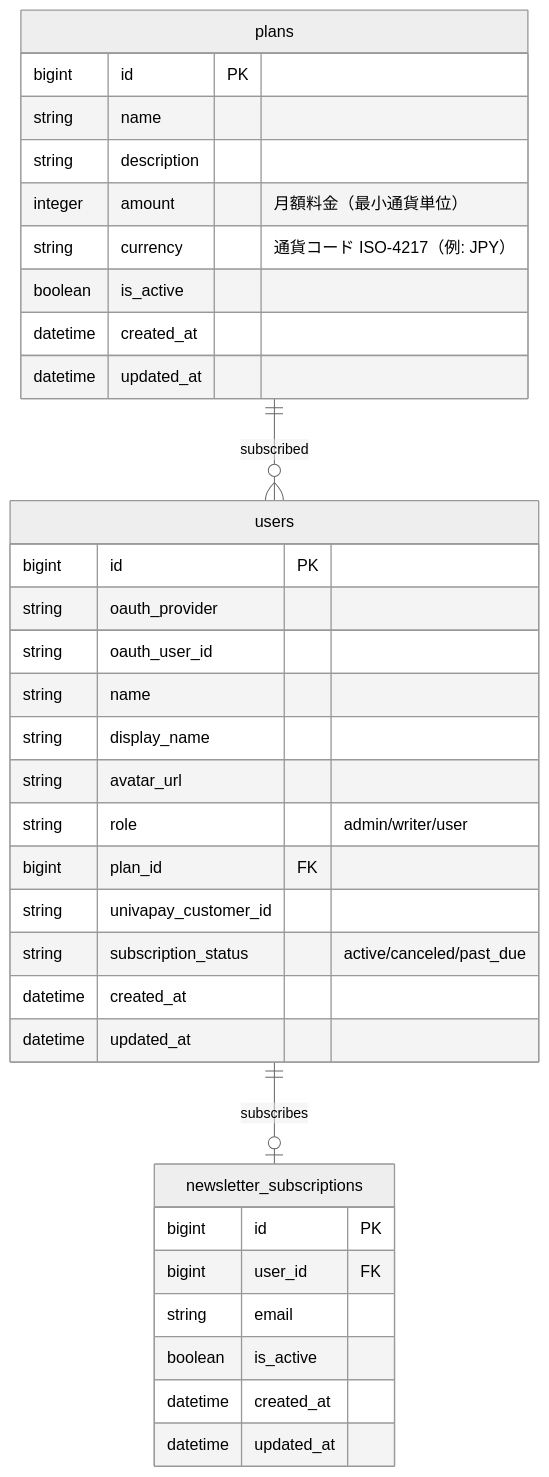
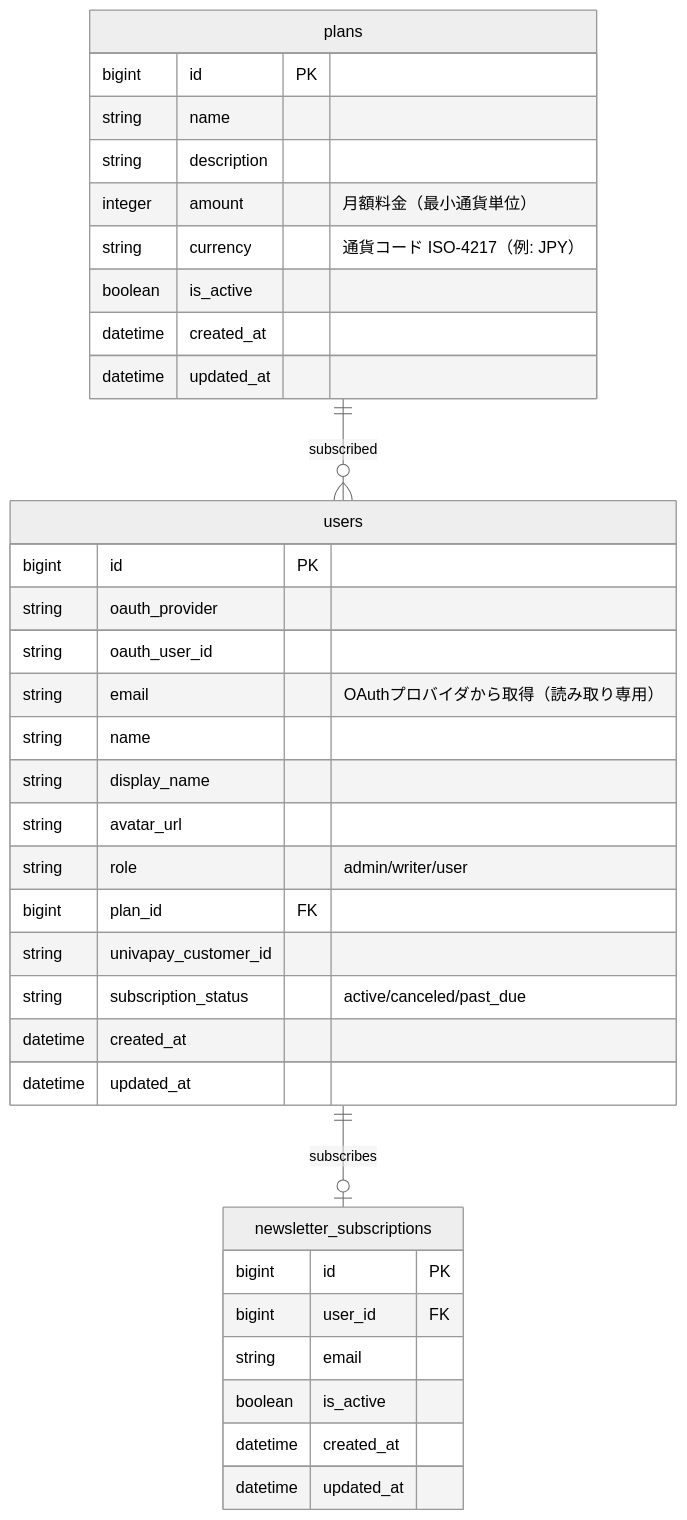
Before and after one commit to RRRRRRR-777/SikouLab: the first of 8 diagrams in docs/functions/settings/home.md, drawn with Mermaid (neutral theme). The commit also changed other lines of this file and 10 other files, not shown here.

````diff
--- a/docs/functions/settings/home.md
+++ b/docs/functions/settings/home.md
@@ -125,40 +125,41 @@
 ```mermaid
 erDiagram
     users {
         bigint id PK
         string oauth_provider
         string oauth_user_id
+        string email "OAuthプロバイダから取得（読み取り専用）"
         string name
         string display_name
         string avatar_url
         string role "admin/writer/user"
         bigint plan_id FK
         string univapay_customer_id
         string subscription_status "active/canceled/past_due"
         datetime created_at
         datetime updated_at
     }
 
     plans {
         bigint id PK
         string name
         string description
         integer amount "月額料金（最小通貨単位）"
         string currency "通貨コード ISO-4217（例: JPY）"
         boolean is_active
         datetime created_at
         datetime updated_at
     }
 
     newsletter_subscriptions {
         bigint id PK
         bigint user_id FK
         string email
         boolean is_active
         datetime created_at
         datetime updated_at
     }
 
     plans ||--o{ users : "subscribed"
     users ||--o| newsletter_subscriptions : "subscribes"
 ```
````
